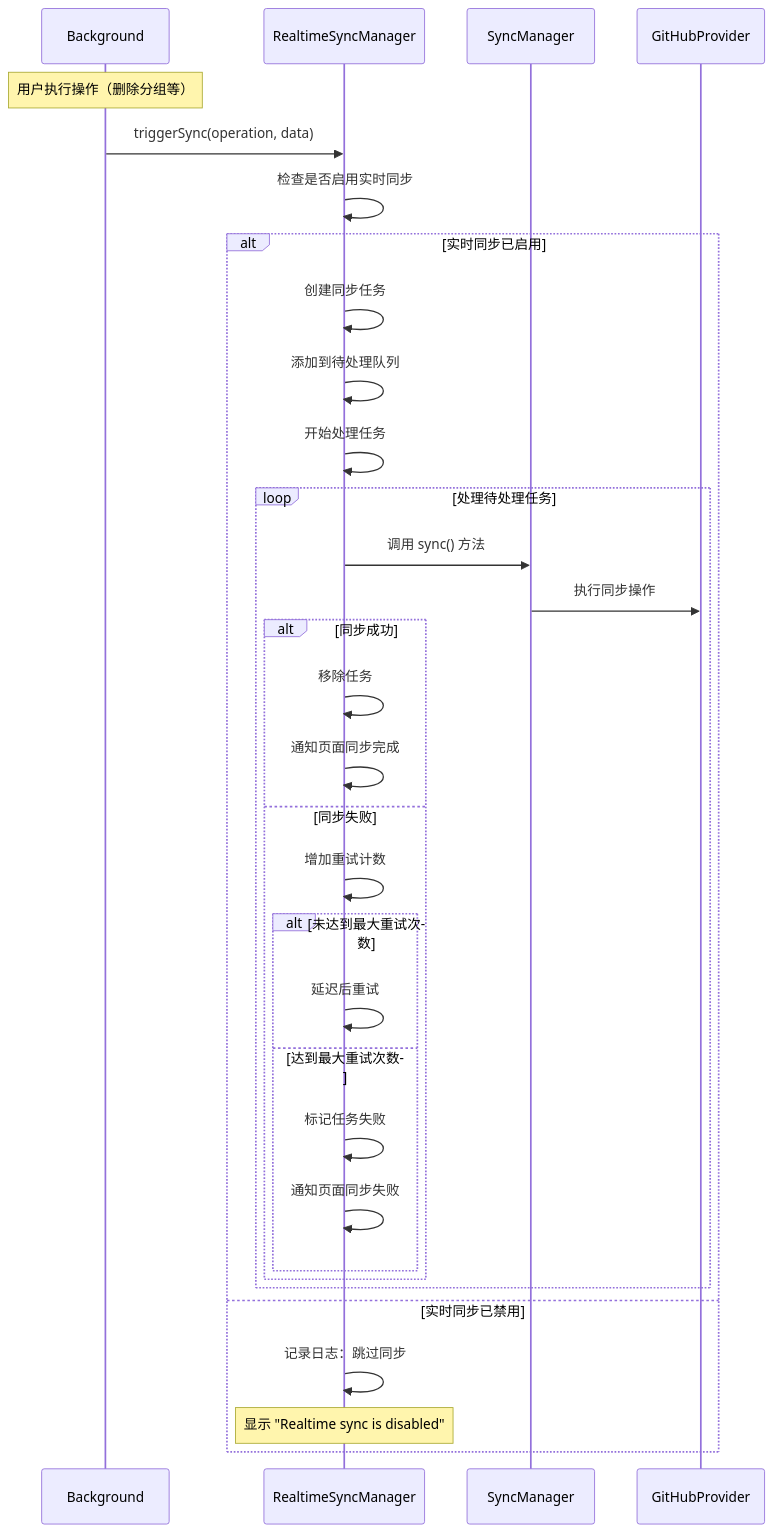
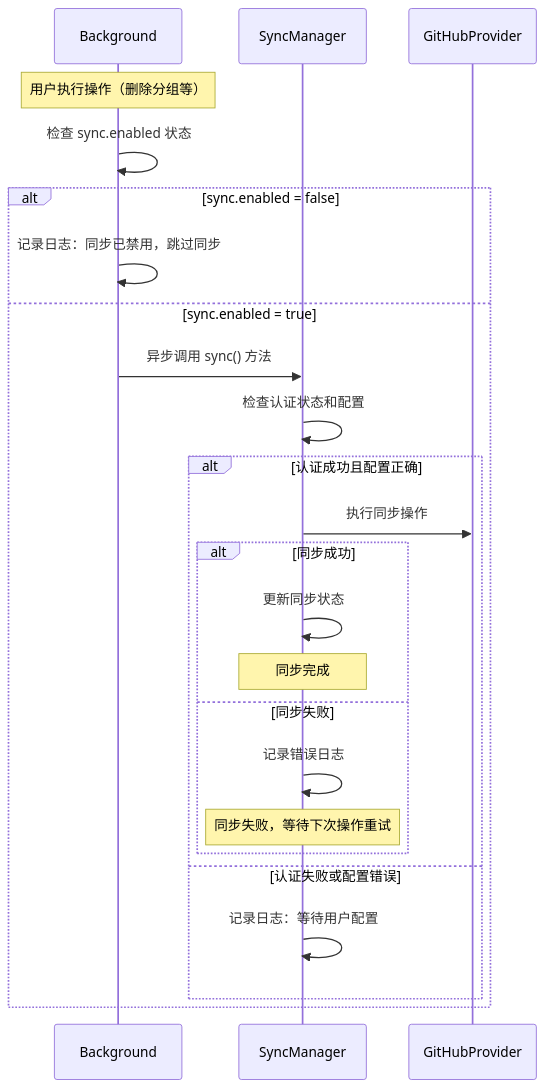
Before and after one commit to namehu/UniTab: the eighth of 12 diagrams in UniTab_流程链路图.md, drawn with Mermaid. The commit also changed other lines of this file and 11 other files, not shown here.

````diff
--- a/UniTab_流程链路图.md
+++ b/UniTab_流程链路图.md
@@ -200,38 +241,30 @@
 ```mermaid
 sequenceDiagram
     participant BG as Background
-    participant RS as RealtimeSyncManager
     participant SM as SyncManager
     participant GP as GitHubProvider
     
     Note over BG: 用户执行操作（删除分组等）
-    BG->>RS: triggerSync(operation, data)
-    RS->>RS: 检查是否启用实时同步
+    BG->>BG: 检查 sync.enabled 状态
     
-    alt 实时同步已启用
-        RS->>RS: 创建同步任务
-        RS->>RS: 添加到待处理队列
-        RS->>RS: 开始处理任务
+    alt sync.enabled = false
+        BG->>BG: 记录日志：同步已禁用，跳过同步
+    else sync.enabled = true
+        BG->>SM: 异步调用 sync() 方法
+        SM->>SM: 检查认证状态和配置
         
-        loop 处理待处理任务
-            RS->>SM: 调用 sync() 方法
+        alt 认证成功且配置正确
             SM->>GP: 执行同步操作
             
             alt 同步成功
-                RS->>RS: 移除任务
-                RS->>RS: 通知页面同步完成
+                SM->>SM: 更新同步状态
+                Note over SM: 同步完成
             else 同步失败
-                RS->>RS: 增加重试计数
-                alt 未达到最大重试次数
-                    RS->>RS: 延迟后重试
-                else 达到最大重试次数
-                    RS->>RS: 标记任务失败
-                    RS->>RS: 通知页面同步失败
-                end
+                SM->>SM: 记录错误日志
+                Note over SM: 同步失败，等待下次操作重试
             end
+        else 认证失败或配置错误
+            SM->>SM: 记录日志：等待用户配置
         end
-    else 实时同步已禁用
-        RS->>RS: 记录日志：跳过同步
-        Note over RS: 显示 "Realtime sync is disabled"
     end
 ```
````
